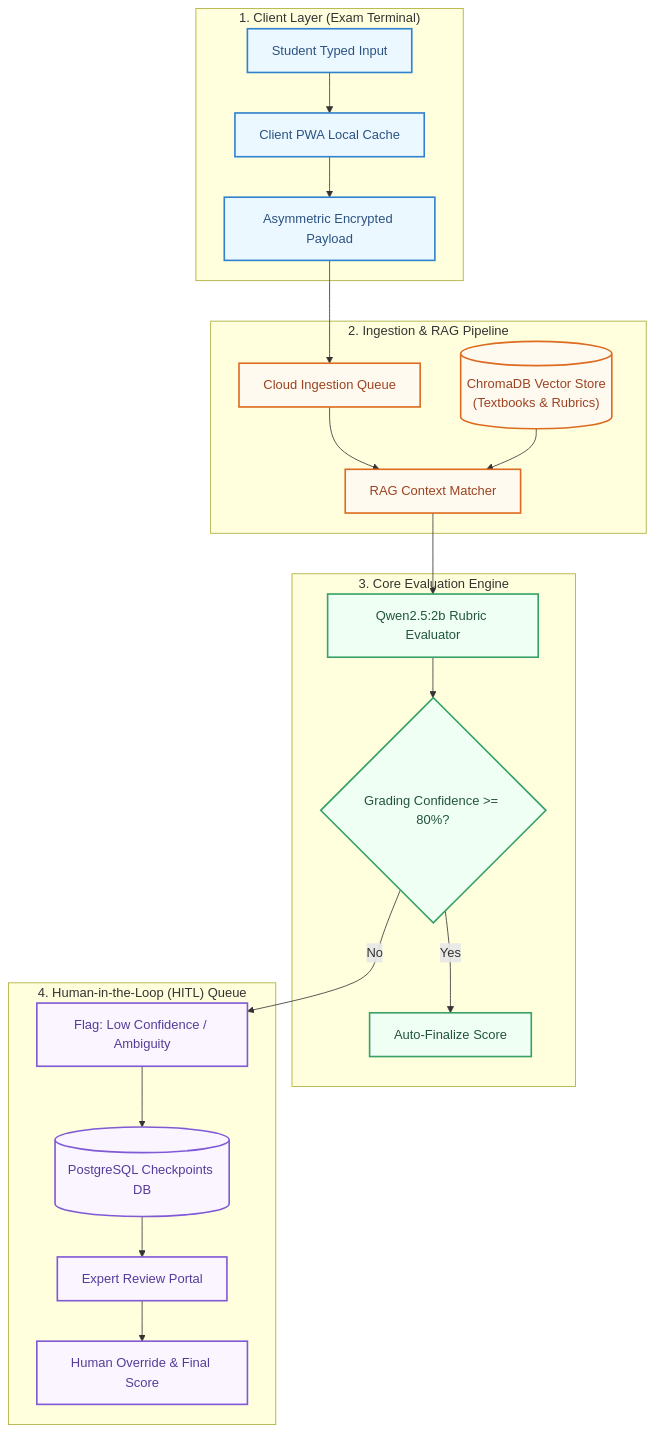
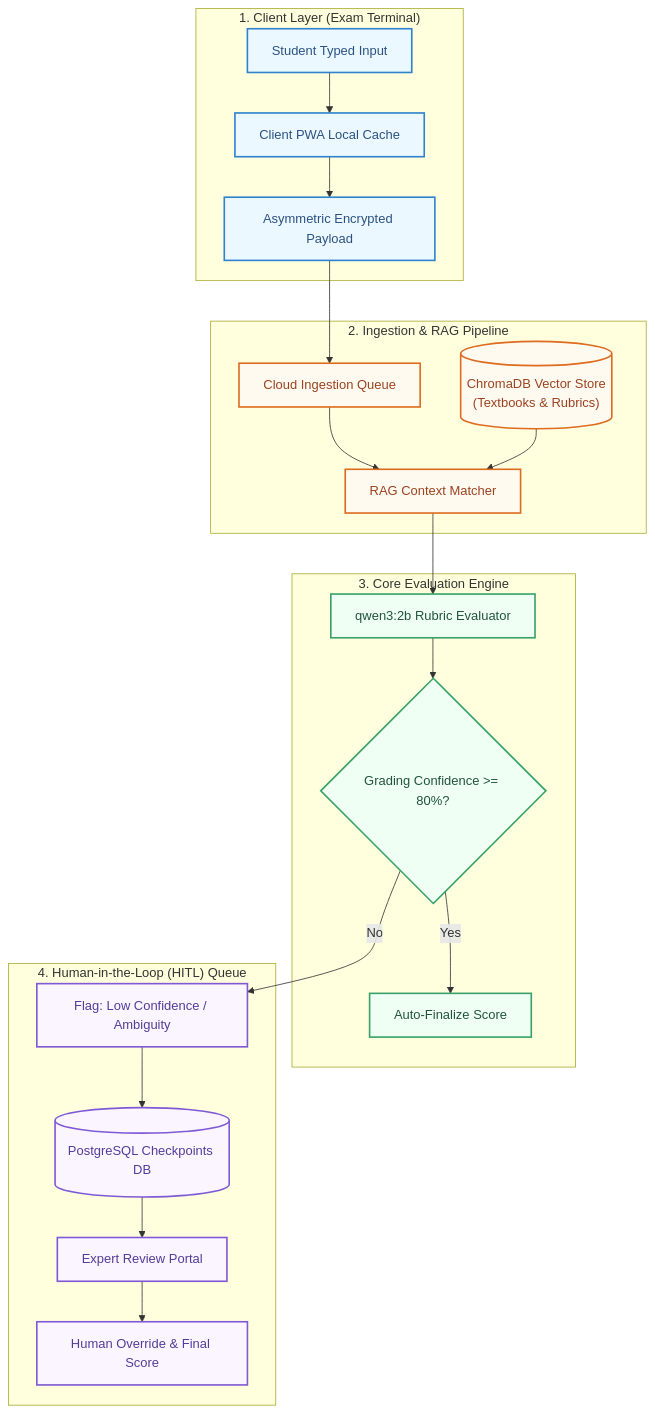
Before and after one commit to rohan-katkar/grading-engine-ai: the diagram in docs/ARCHITECTURE.md, drawn with Mermaid. The commit also changed other lines of this file, not shown here.

Commit message:
update architecture with correct local LLM version

````diff
--- a/docs/ARCHITECTURE.md
+++ b/docs/ARCHITECTURE.md
@@ -10,37 +10,37 @@
 ```mermaid
 graph TD
     classDef edge fill:#ebf8ff,stroke:#3182ce,stroke-width:2px,color:#2c5282;
     classDef cloud fill:#fffaf0,stroke:#dd6b20,stroke-width:2px,color:#9c4221;
     classDef core fill:#f0fff4,stroke:#38a169,stroke-width:2px,color:#22543d;
     classDef human fill:#faf5ff,stroke:#805ad5,stroke-width:2px,color:#553c9a;
 
     subgraph Client ["1. Client Layer (Exam Terminal)"]
         A1["Student Typed Input"] --> A2["Client PWA Local Cache"]
         A2 --> A3["Asymmetric Encrypted Payload"]
     end
 
     subgraph Ingestion ["2. Ingestion & RAG Pipeline"]
         B1["Cloud Ingestion Queue"] --> B2["RAG Context Matcher"]
         B3[("ChromaDB Vector Store<br/>(Textbooks & Rubrics)")] --> B2
     end
 
     subgraph LangGraph ["3. Core Evaluation Engine"]
-        C1["Qwen2.5:2b Rubric Evaluator"] --> C2{"Grading Confidence >= 80%?"}
+        C1["qwen3:2b Rubric Evaluator"] --> C2{"Grading Confidence >= 80%?"}
         C2 -- Yes --> C3["Auto-Finalize Score"]
     end
 
     subgraph HITL ["4. Human-in-the-Loop (HITL) Queue"]
         D1["Flag: Low Confidence / Ambiguity"] --> D2[("PostgreSQL Checkpoints DB")]
         D2 --> D3["Expert Review Portal"]
         D3 --> D4["Human Override & Final Score"]
     end
 
     A3 --> B1
     B2 --> C1
     C2 -- No --> D1
 
     class A1,A2,A3 edge;
     class B1,B2,B3 cloud;
     class C1,C2,C3 core;
     class D1,D2,D3,D4 human;
 ```
````
